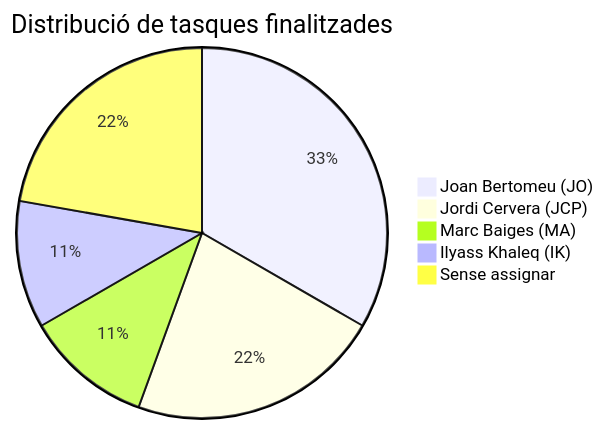
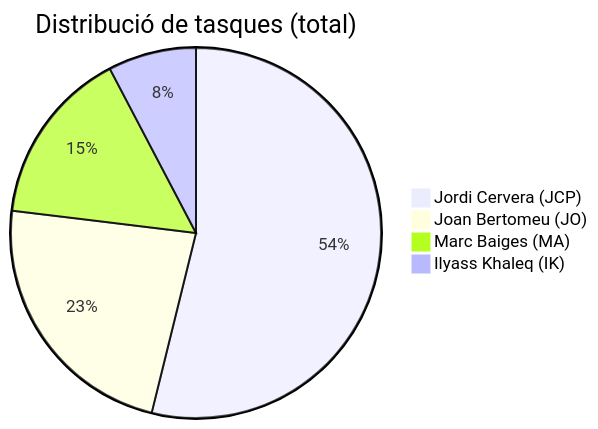
One commit to jordicerv/projecte_ebresafe changed the diagram in docs/presentacio/equip.md. Above: the diagram before and after it, drawn with Mermaid. The commit also changed other lines of this file and 2 other files, not shown here.

Commit message:
Afegir pàgina Proxmox, actualitzar rols equip (Joan=HA, Jordi=auditoria+Docker+Proxmox)

````diff
--- a/docs/presentacio/equip.md
+++ b/docs/presentacio/equip.md
@@ -56,8 +56,7 @@
 ```mermaid
-pie title Distribució de tasques finalitzades
+pie title Distribució de tasques (total)
+    "Jordi Cervera (JCP)" : 7
     "Joan Bertomeu (JO)" : 3
-    "Jordi Cervera (JCP)" : 2
-    "Marc Baiges (MA)" : 1
+    "Marc Baiges (MA)" : 2
     "Ilyass Khaleq (IK)" : 1
-    "Sense assignar" : 2
 ```
````
